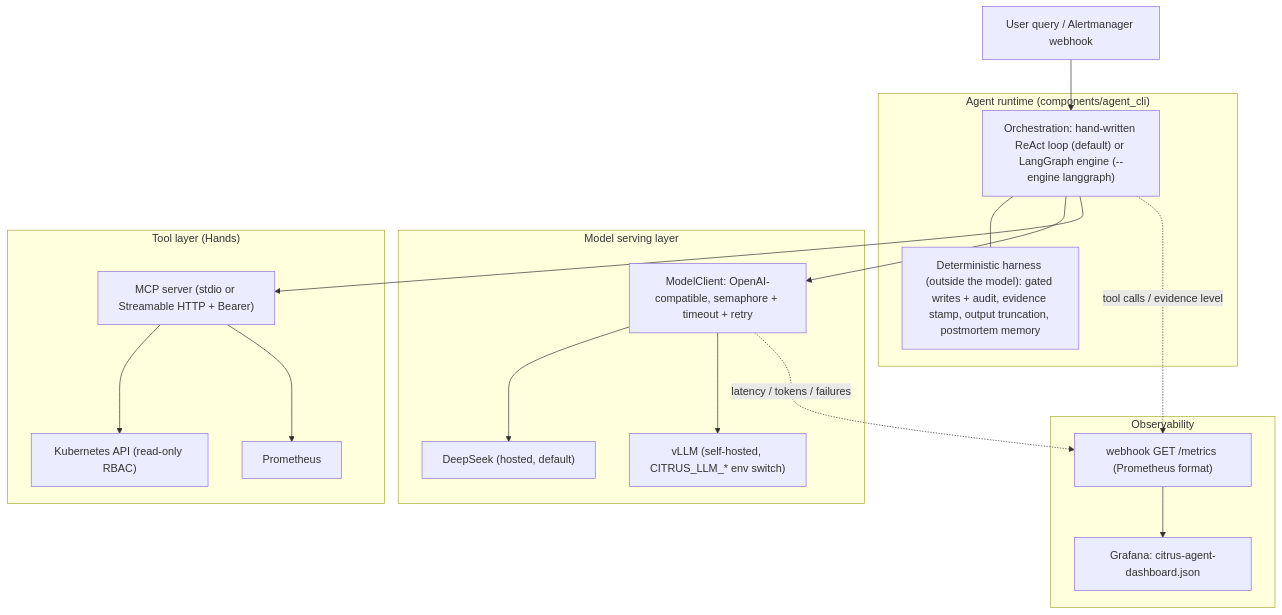
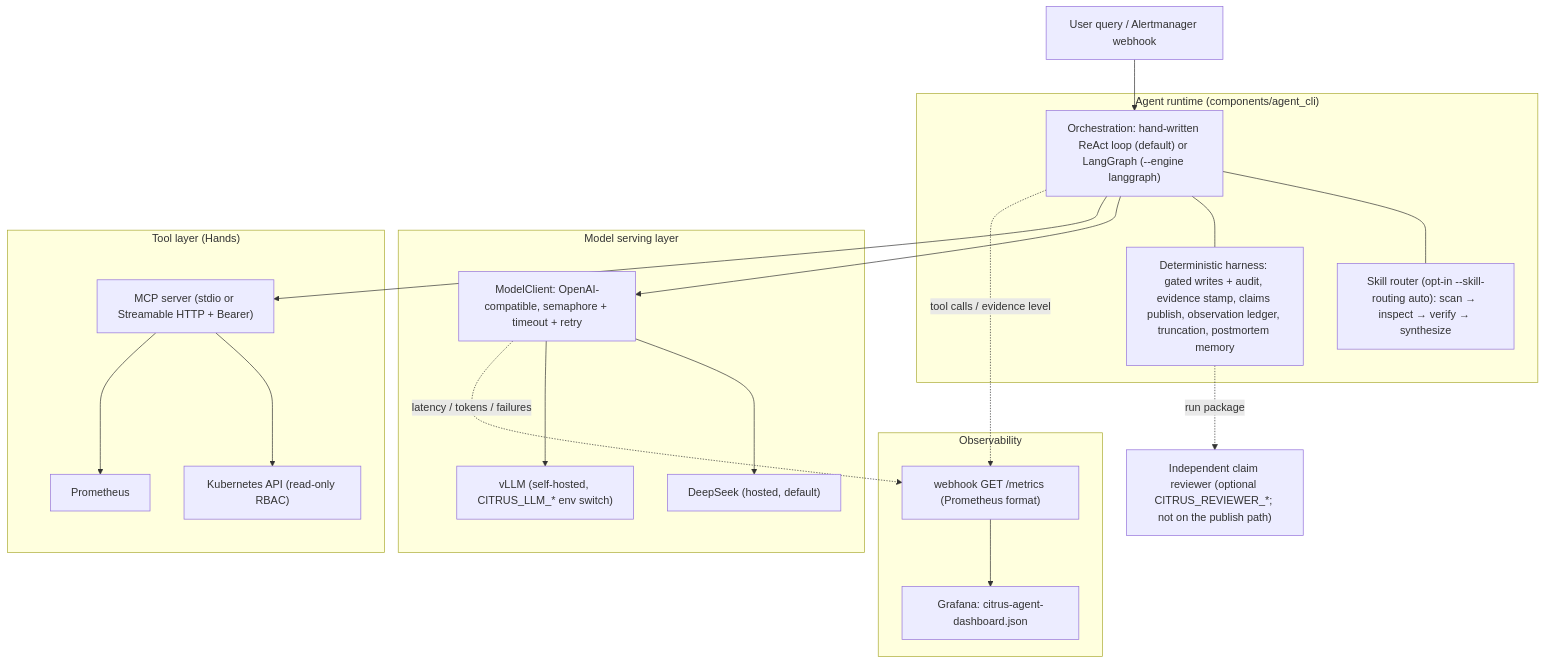
Before and after one commit to zihanKuang/Kubernetes-Diagnosis-Agent: the diagram in README.md, drawn with Mermaid. The commit also changed other lines of this file and 19 other files, not shown here.

Commit message:
docs: update README and documentation for Skills integration, independent review, and evaluation processes

````diff
--- a/README.md
+++ b/README.md
@@ -34,38 +36,43 @@
 ```mermaid
 flowchart TB
     Input["User query / Alertmanager webhook"] --> Loop
 
     subgraph runtime ["Agent runtime (components/agent_cli)"]
-        Loop["Orchestration: hand-written ReAct loop (default) or LangGraph engine (--engine langgraph)"]
-        Harness["Deterministic harness (outside the model): gated writes + audit, evidence stamp, output truncation, postmortem memory"]
+        Loop["Orchestration: hand-written ReAct loop (default) or LangGraph (--engine langgraph)"]
+        Skills["Skill router (opt-in --skill-routing auto): scan → inspect → verify → synthesize"]
+        Harness["Deterministic harness: gated writes + audit, evidence stamp, claims publish, observation ledger, truncation, postmortem memory"]
+        Loop --- Skills
         Loop --- Harness
     end
 
     subgraph serving ["Model serving layer"]
         MC["ModelClient: OpenAI-compatible, semaphore + timeout + retry"]
         DS["DeepSeek (hosted, default)"]
         VLLM["vLLM (self-hosted, CITRUS_LLM_* env switch)"]
         MC --> DS
         MC --> VLLM
     end
 
     subgraph tools ["Tool layer (Hands)"]
         MCP["MCP server (stdio or Streamable HTTP + Bearer)"]
         K8s["Kubernetes API (read-only RBAC)"]
         Prom["Prometheus"]
         MCP --> K8s
         MCP --> Prom
     end
 
     Loop --> MC
     Loop --> MCP
 
+    Review["Independent claim reviewer (optional CITRUS_REVIEWER_*; not on the publish path)"]
+
     subgraph obs ["Observability"]
         Metrics["webhook GET /metrics (Prometheus format)"]
         Grafana["Grafana: citrus-agent-dashboard.json"]
         Metrics --> Grafana
     end
 
     MC -. "latency / tokens / failures" .-> Metrics
     Loop -. "tool calls / evidence level" .-> Metrics
+    Harness -. "run package" .-> Review
 ```
````
